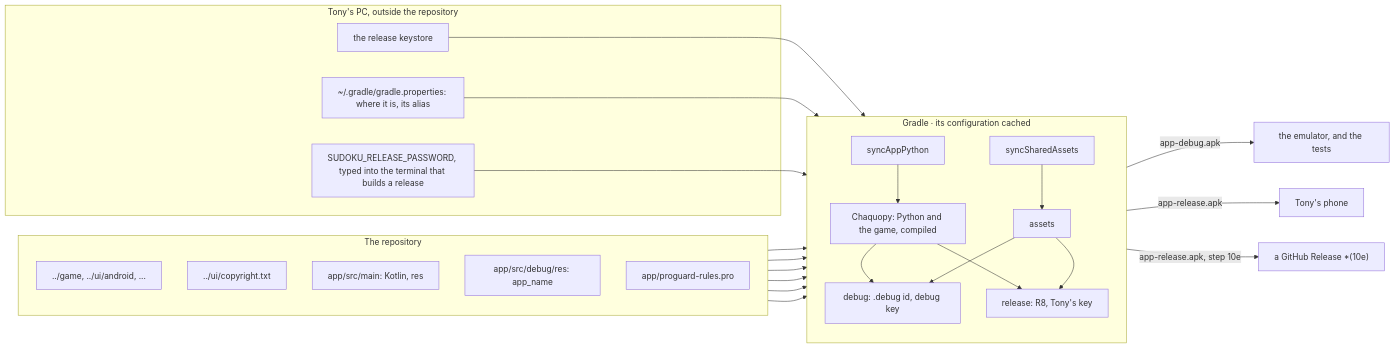
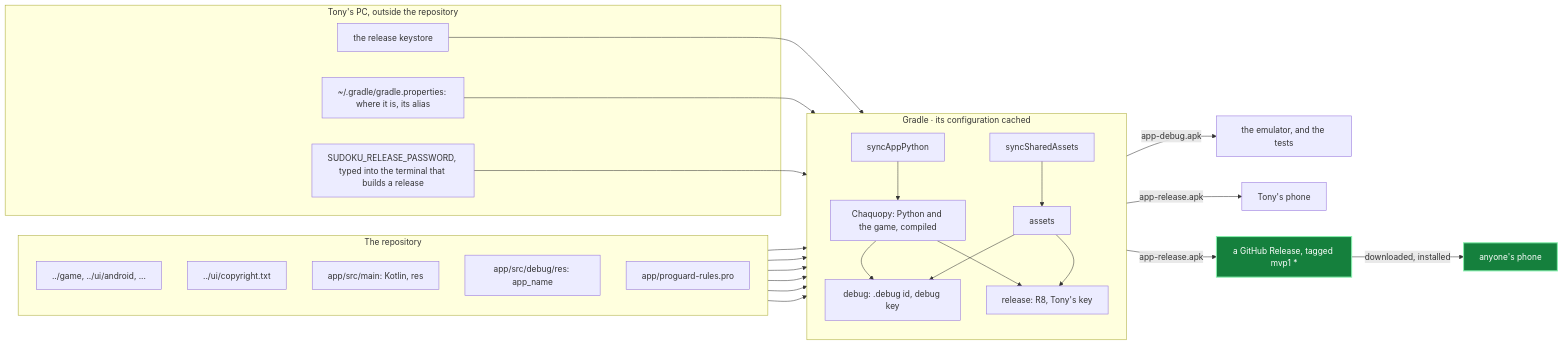
One commit to aivanov61/sudoku-solver changed diagram 19 of 19 in android/docs/architecture.md. Above: the diagram before and after it, drawn with Mermaid. The commit also changed other lines of this file and 4 other files, not shown here.

Commit message:
Add the Android app's README, with screenshots of a game in the light and dark themes, how to install it from a GitHub Release, how to build and test it, and where its code is, point the repository's README to it, and plan the GitHub Release in the architecture doc, as step 10e of MVP 1.

````diff
--- a/android/docs/architecture.md
+++ b/android/docs/architecture.md
@@ -806,43 +789,47 @@
 ```mermaid
 flowchart LR
     subgraph Repo["The repository"]
         direction TB
         Python["../game, ../ui/android, ..."]
         Copyright["../ui/copyright.txt"]
         Kotlin["app/src/main: Kotlin, res"]
         DebugRes["app/src/debug/res: app_name"]
         Rules["app/proguard-rules.pro"]
     end
 
     subgraph Gradle["Gradle · its configuration cached"]
         direction TB
         syncAppPython --> Chaquopy["Chaquopy: Python and the game, compiled"]
         syncSharedAssets --> Assets["assets"]
         Debug["debug: .debug id, debug key"]
         Release["release: R8, Tony's key"]
     end
 
     subgraph Keys["Tony's PC, outside the repository"]
         Keystore["the release keystore"]
         Props["~/.gradle/gradle.properties: where it is, its alias"]
         Password["SUDOKU_RELEASE_PASSWORD, typed into the terminal that builds a release"]
     end
 
     Python --> syncAppPython
     Copyright --> syncSharedAssets
     Kotlin --> Debug
     Kotlin --> Release
     DebugRes --> Debug
     Rules --> Release
     Chaquopy --> Debug
     Chaquopy --> Release
     Assets --> Debug
     Assets --> Release
     Keystore --> Release
     Props --> Release
     Password --> Release
     Debug -- "app-debug.apk" --> Emulator["the emulator, and the tests"]
     Release -- "app-release.apk" --> Phone["Tony's phone"]
-    Release -- "app-release.apk, step 10e" --> GitHub["a GitHub Release *(10e)"]
+    Release -- "app-release.apk" --> GitHub["a GitHub Release, tagged mvp1 *"]
+    GitHub -- "downloaded, installed" --> Phones["anyone's phone"]
+
+    classDef new fill:#15803d,stroke:#86efac,stroke-width:2px,color:#ffffff
+    class GitHub,Phones new
 
 ```
````
